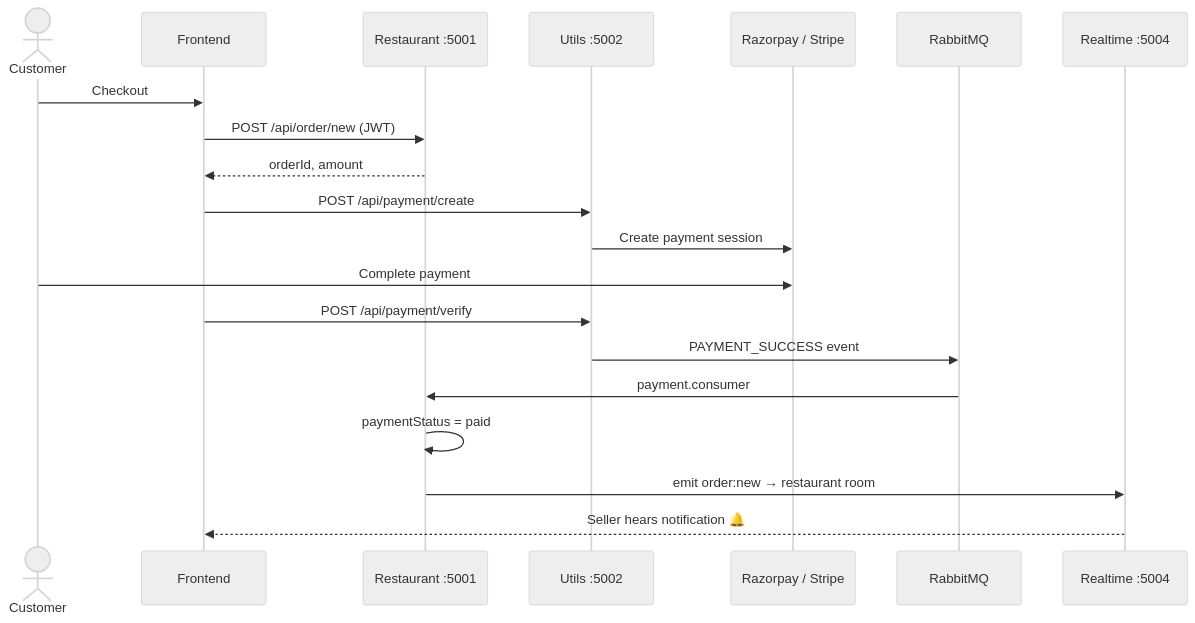
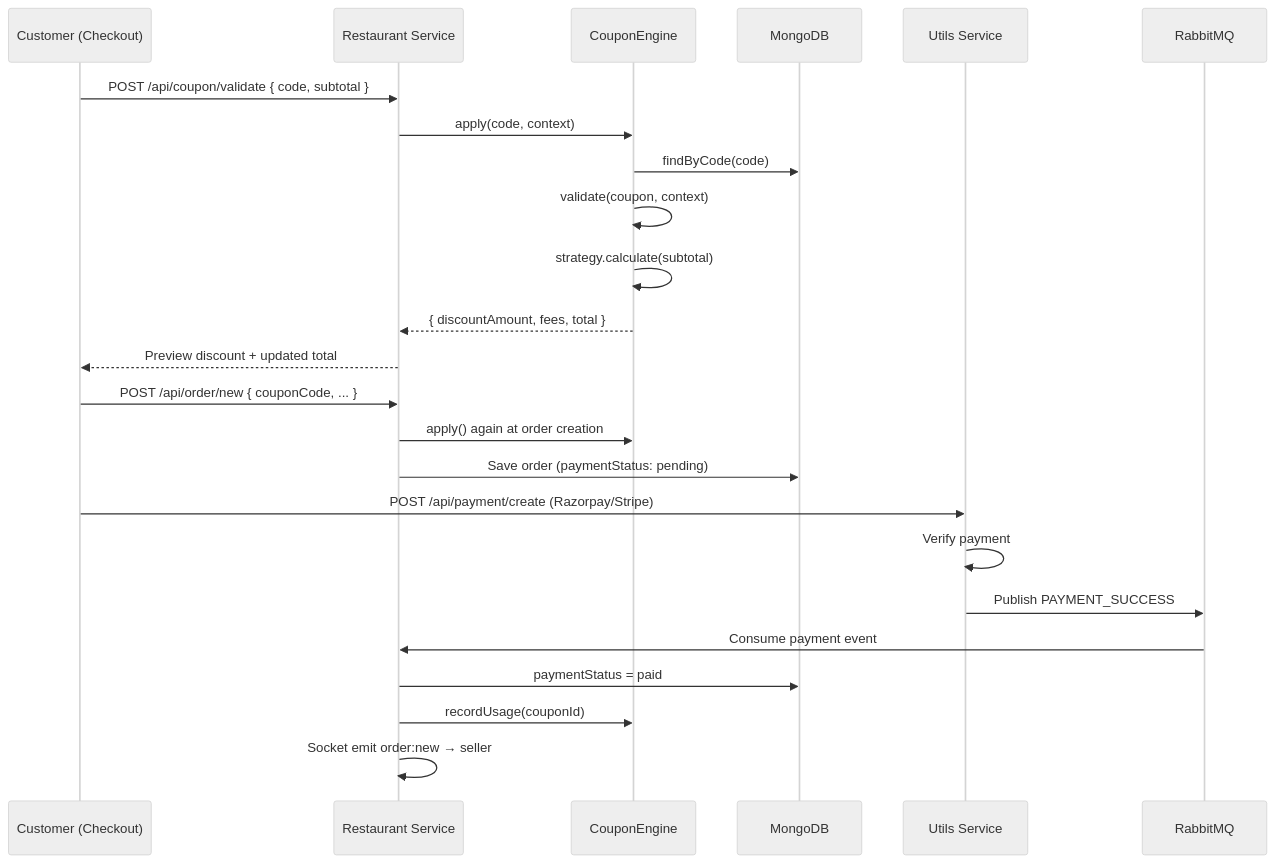
One commit to subhm2004/ByteBites changed the third of 5 diagrams in README.md. Above: the diagram before and after it, drawn with Mermaid (neutral theme). The commit also changed other lines of this file and 1 other file, not shown here.

````diff
--- a/README.md
+++ b/README.md
@@ -263,25 +333,29 @@
 ```mermaid
 sequenceDiagram
-    actor U as Customer
-    participant FE as Frontend
-    participant R as Restaurant :5001
-    participant U2 as Utils :5002
-    participant PG as Razorpay / Stripe
+    participant C as Customer (Checkout)
+    participant R as Restaurant Service
+    participant CE as CouponEngine
+    participant DB as MongoDB
+    participant U as Utils Service
     participant Q as RabbitMQ
-    participant RT as Realtime :5004
 
-    U->>FE: Checkout
-    FE->>R: POST /api/order/new (JWT)
-    R-->>FE: orderId, amount
+    C->>R: POST /api/coupon/validate { code, subtotal }
+    R->>CE: apply(code, context)
+    CE->>DB: findByCode(code)
+    CE->>CE: validate(coupon, context)
+    CE->>CE: strategy.calculate(subtotal)
+    CE-->>R: { discountAmount, fees, total }
+    R-->>C: Preview discount + updated total
 
-    FE->>U2: POST /api/payment/create
-    U2->>PG: Create payment session
-    U->>PG: Complete payment
-    FE->>U2: POST /api/payment/verify
-    U2->>Q: PAYMENT_SUCCESS event
+    C->>R: POST /api/order/new { couponCode, ... }
+    R->>CE: apply() again at order creation
+    R->>DB: Save order (paymentStatus: pending)
 
-    Q->>R: payment.consumer
-    R->>R: paymentStatus = paid
-    R->>RT: emit order:new → restaurant room
-    RT-->>FE: Seller hears notification 🔔
+    C->>U: POST /api/payment/create (Razorpay/Stripe)
+    U->>U: Verify payment
+    U->>Q: Publish PAYMENT_SUCCESS
+    Q->>R: Consume payment event
+    R->>DB: paymentStatus = paid
+    R->>CE: recordUsage(couponId)
+    R->>R: Socket emit order:new → seller
 ```
````
